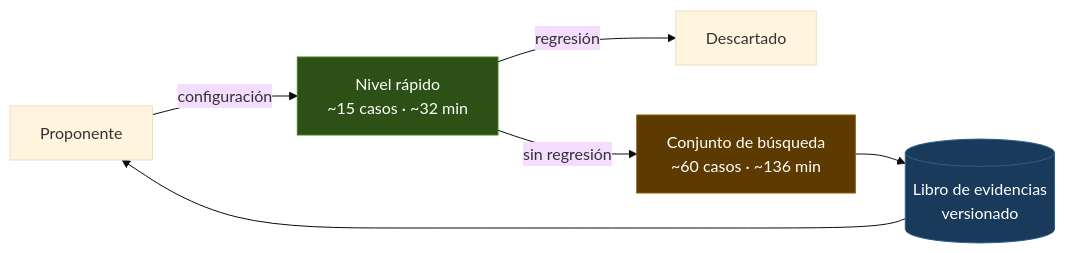
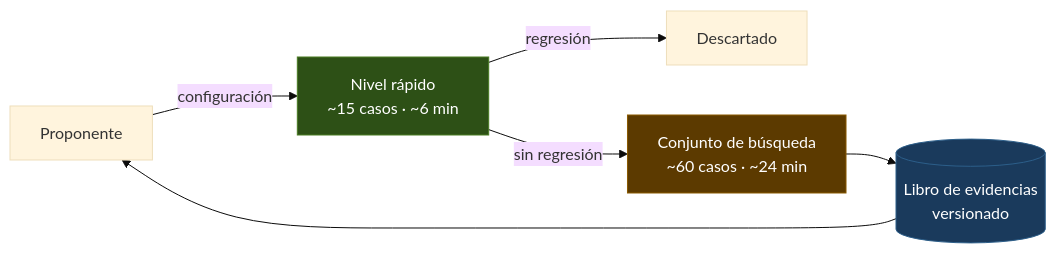
Before and after one commit to iDiagoValeta/localOllamaRAG: the diagram in docs/design/2026-07-28-loop-automejorable.md, drawn with Mermaid (base theme). The commit also changed other lines of this file, not shown here.

````diff
--- a/docs/design/2026-07-28-loop-automejorable.md
+++ b/docs/design/2026-07-28-loop-automejorable.md
@@ -333,15 +367,15 @@
 ```mermaid
 flowchart LR
-    P[Proponente] -->|configuración| F[Nivel rápido<br/>~15 casos · ~32 min]
+    P[Proponente] -->|configuración| F[Nivel rápido<br/>~15 casos · ~6 min]
     F -->|regresión| X[Descartado]
-    F -->|sin regresión| G[Conjunto de búsqueda<br/>~60 casos · ~136 min]
+    F -->|sin regresión| G[Conjunto de búsqueda<br/>~60 casos · ~24 min]
     G --> L[(Libro de evidencias<br/>versionado)]
     L --> P
 
     classDef cheap fill:#2d5016,stroke:#4a7c23,color:#fff
     classDef costly fill:#5c3a00,stroke:#8a5a00,color:#fff
     classDef store fill:#1a3a5c,stroke:#2d5f8a,color:#fff
     class F cheap
     class G costly
     class L store
 ```
````
